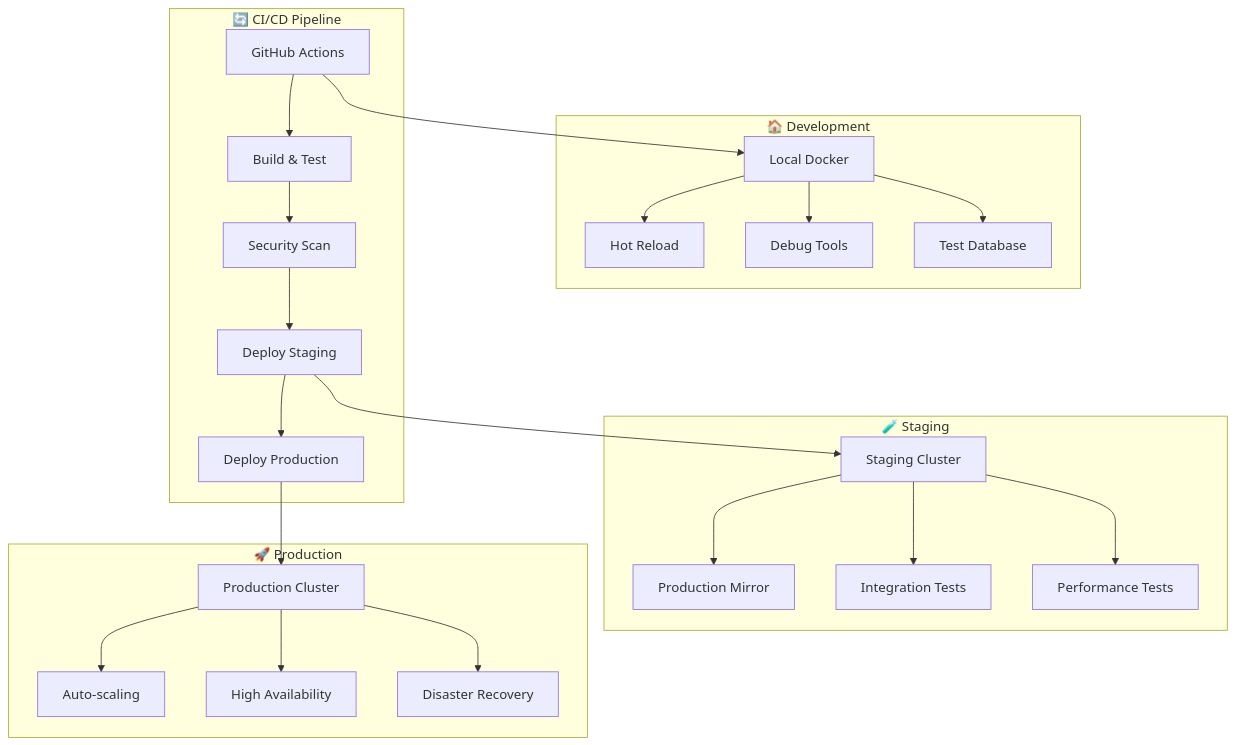
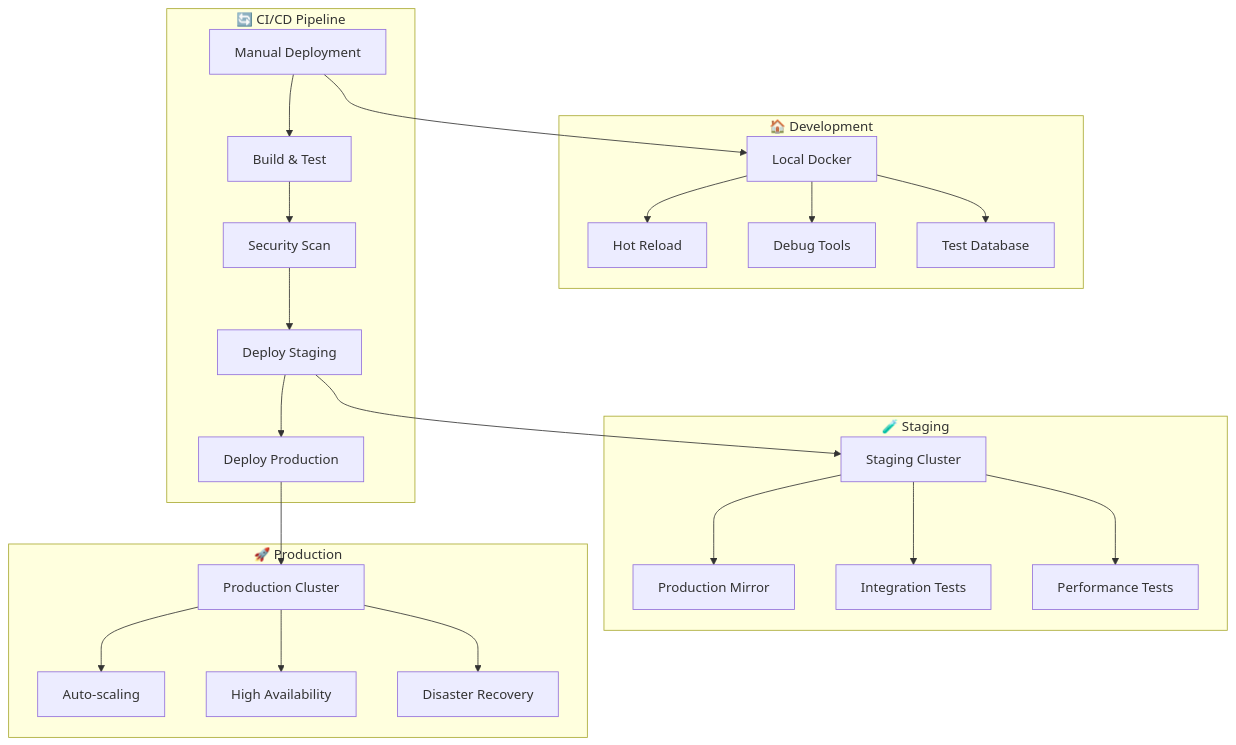
The ninth of 18 diagrams in docs/architecture/SYSTEM_ARCHITECTURE.md (abdoElHodaky/larvaccountplatfo), drawn with Mermaid before and after one commit. The commit also changed 3 other files, not shown here.

````diff
--- a/docs/architecture/SYSTEM_ARCHITECTURE.md
+++ b/docs/architecture/SYSTEM_ARCHITECTURE.md
@@ -332,31 +332,31 @@
 ```mermaid
 graph TB
     subgraph "🏠 Development"
         A[Local Docker] --> B[Hot Reload]
         A --> C[Debug Tools]
         A --> D[Test Database]
     end
     
     subgraph "🧪 Staging"
         E[Staging Cluster] --> F[Production Mirror]
         E --> G[Integration Tests]
         E --> H[Performance Tests]
     end
     
     subgraph "🚀 Production"
         I[Production Cluster] --> J[Auto-scaling]
         I --> K[High Availability]
         I --> L[Disaster Recovery]
     end
     
     subgraph "🔄 CI/CD Pipeline"
-        M[GitHub Actions] --> N[Build & Test]
+        M[Manual Deployment] --> N[Build & Test]
         N --> O[Security Scan]
         O --> P[Deploy Staging]
         P --> Q[Deploy Production]
     end
     
     M --> A
     P --> E
     Q --> I
 ```
````
